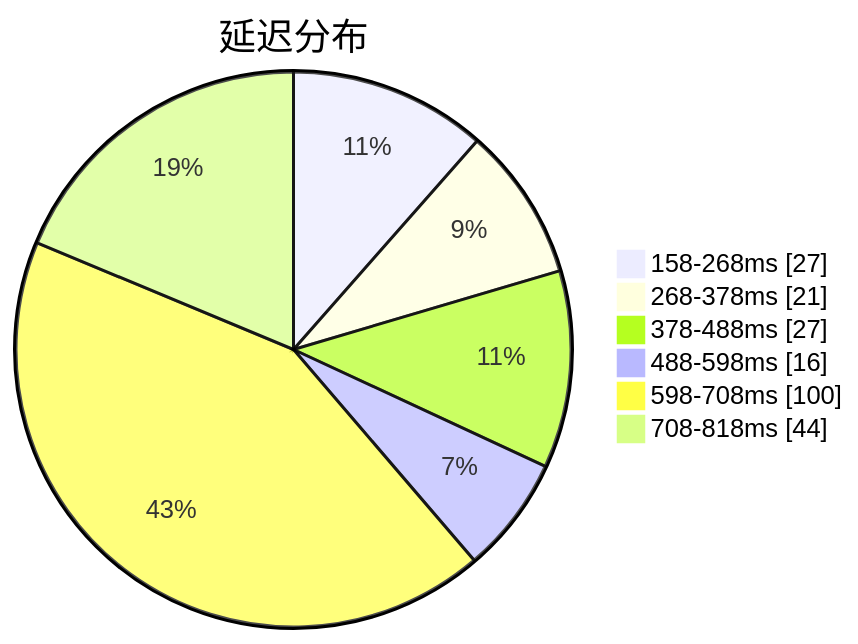
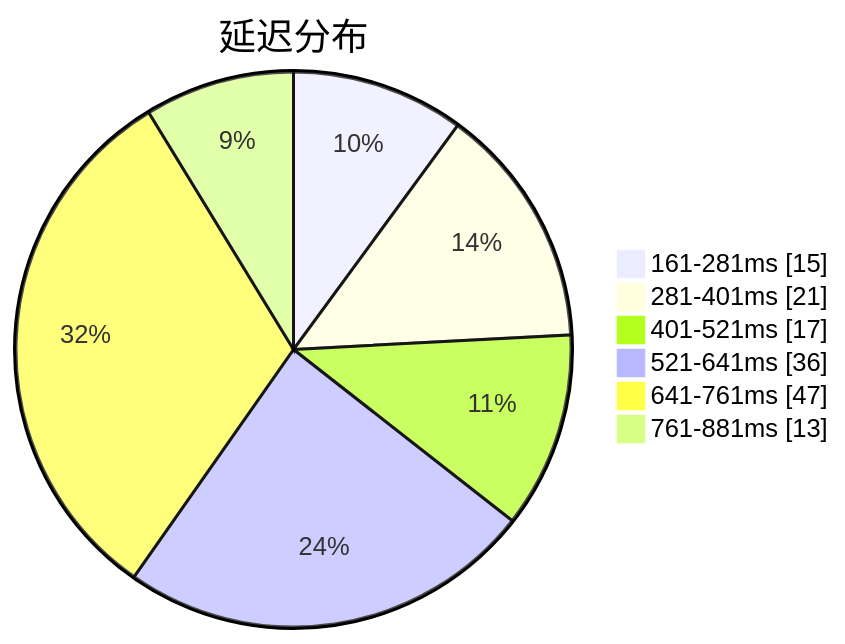
One commit to qjlxg/airport changed the first of 3 diagrams in subs/statistics/tested_within.md. Above: the diagram before and after it, drawn with Mermaid. The commit also changed other lines of this file and 2 other files, not shown here.

Commit message:
Tested by metaST

````diff
--- a/subs/statistics/tested_within.md
+++ b/subs/statistics/tested_within.md
@@ -2,10 +2,10 @@
 ```mermaid
 pie showData
 title 延迟分布
-"158-268ms" : 27
-"268-378ms" : 21
-"378-488ms" : 27
-"488-598ms" : 16
-"598-708ms" : 100
-"708-818ms" : 44
+"161-281ms" : 15
+"281-401ms" : 21
+"401-521ms" : 17
+"521-641ms" : 36
+"641-761ms" : 47
+"761-881ms" : 13
 ```
````
